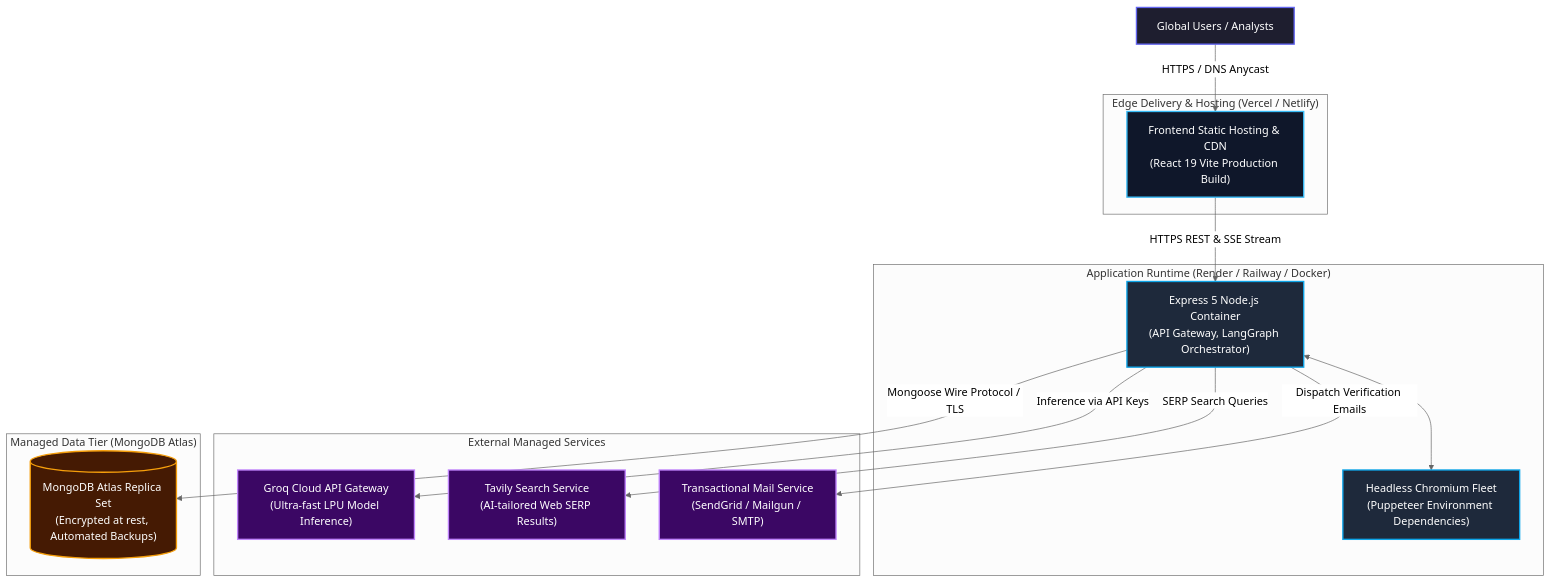
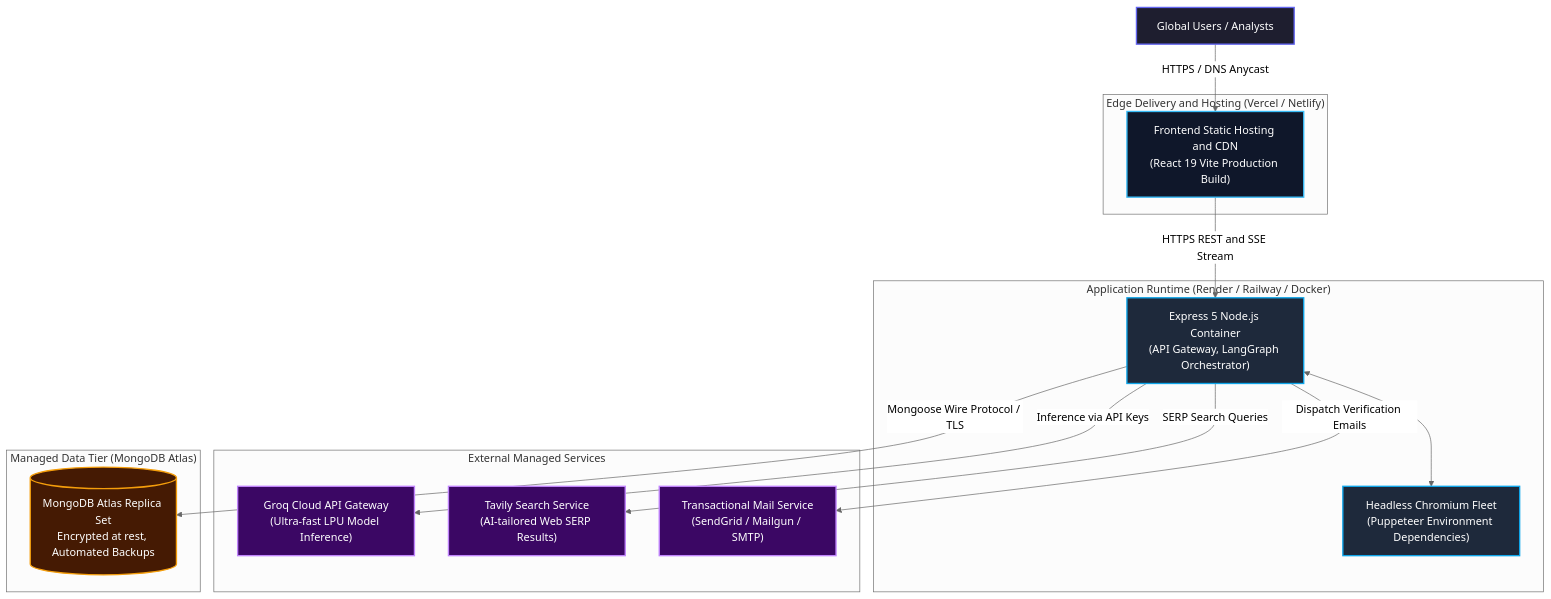
The fifth of 6 diagrams in SYSTEM_ARCHITECTURE.md (code-with-abhi-i5/Agentic_system_frontend), drawn with Mermaid (neutral theme) before and after one commit. The commit also changed other lines of this file and 2 other files, not shown here.

Commit message:
fix(docs): resolve Mermaid syntax parse errors for GitHub markdown rendering

````diff
--- a/SYSTEM_ARCHITECTURE.md
+++ b/SYSTEM_ARCHITECTURE.md
@@ -712,39 +712,39 @@
 ```mermaid
 graph TD
     %% Styling
     classDef client fill:#1e1e2f,stroke:#6366f1,stroke-width:2px,color:#fff;
     classDef edge fill:#0f172a,stroke:#38bdf8,stroke-width:2px,color:#fff;
     classDef compute fill:#1e293b,stroke:#0ea5e9,stroke-width:2px,color:#fff;
     classDef cloud fill:#3b0764,stroke:#c084fc,stroke-width:2px,color:#fff;
     classDef db fill:#451a03,stroke:#f59e0b,stroke-width:2px,color:#fff;
 
     Users["Global Users / Analysts"]:::client
 
-    subgraph CDN_Edge ["Edge Delivery & Hosting (Vercel / Netlify)"]
-        Vercel_Edge["Frontend Static Hosting & CDN\n(React 19 Vite Production Build)"]:::edge
+    subgraph CDN_Edge ["Edge Delivery and Hosting (Vercel / Netlify)"]
+        Vercel_Edge["Frontend Static Hosting and CDN<br/>(React 19 Vite Production Build)"]:::edge
     end
 
     subgraph Cloud_Compute ["Application Runtime (Render / Railway / Docker)"]
-        Container_API["Express 5 Node.js Container\n(API Gateway, LangGraph Orchestrator)"]:::compute
-        Container_Browser["Headless Chromium Fleet\n(Puppeteer Environment Dependencies)"]:::compute
+        Container_API["Express 5 Node.js Container<br/>(API Gateway, LangGraph Orchestrator)"]:::compute
+        Container_Browser["Headless Chromium Fleet<br/>(Puppeteer Environment Dependencies)"]:::compute
     end
 
     subgraph Cloud_Services ["External Managed Services"]
-        Groq_Cloud["Groq Cloud API Gateway\n(Ultra-fast LPU Model Inference)"]:::cloud
-        Tavily_Cloud["Tavily Search Service\n(AI-tailored Web SERP Results)"]:::cloud
-        SMTP_Server["Transactional Mail Service\n(SendGrid / Mailgun / SMTP)"]:::cloud
+        Groq_Cloud["Groq Cloud API Gateway<br/>(Ultra-fast LPU Model Inference)"]:::cloud
+        Tavily_Cloud["Tavily Search Service<br/>(AI-tailored Web SERP Results)"]:::cloud
+        SMTP_Server["Transactional Mail Service<br/>(SendGrid / Mailgun / SMTP)"]:::cloud
     end
 
     subgraph Data_Storage ["Managed Data Tier (MongoDB Atlas)"]
-        Mongo_Atlas[("MongoDB Atlas Replica Set\n(Encrypted at rest, Automated Backups)")]:::db
+        Mongo_Atlas[("MongoDB Atlas Replica Set<br/>Encrypted at rest, Automated Backups")]:::db
     end
 
     %% Network Routes
-    Users -->|HTTPS / DNS Anycast| Vercel_Edge
-    Vercel_Edge -->|HTTPS REST & SSE Stream| Container_API
+    Users -->|"HTTPS / DNS Anycast"| Vercel_Edge
+    Vercel_Edge -->|"HTTPS REST and SSE Stream"| Container_API
     Container_API <--> Container_Browser
-    Container_API -->|Inference via API Keys| Groq_Cloud
-    Container_API -->|SERP Search Queries| Tavily_Cloud
-    Container_API -->|Dispatch Verification Emails| SMTP_Server
-    Container_API -->|Mongoose Wire Protocol / TLS| Mongo_Atlas
+    Container_API -->|"Inference via API Keys"| Groq_Cloud
+    Container_API -->|"SERP Search Queries"| Tavily_Cloud
+    Container_API -->|"Dispatch Verification Emails"| SMTP_Server
+    Container_API -->|"Mongoose Wire Protocol / TLS"| Mongo_Atlas
 ```
````
